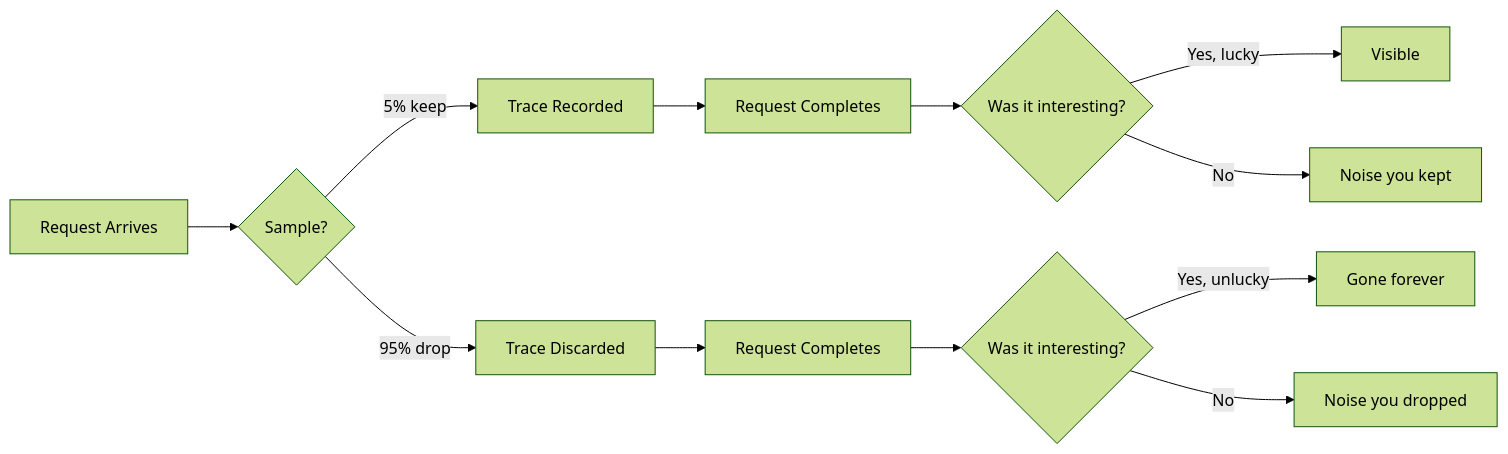
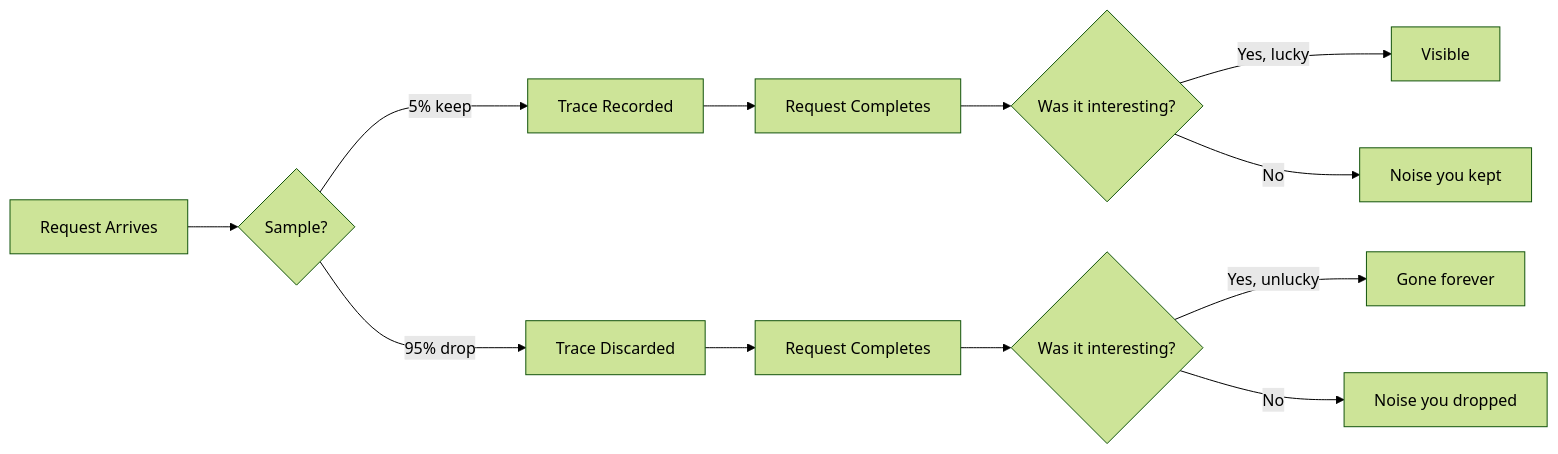
The first of 2 diagrams in content/articles/sampling-strategy.md (radra23/scryops-site), drawn with Mermaid (forest theme) before and after one commit. The commit also changed 2 other files, not shown here.

Commit message:
fix(sampling-strategy): give the 5% keep / 95% drop labels room before the arrow
Mermaid places an edge label at the midpoint of the edge path. The two
curved edges out of the Sample? diamond reach their midpoint right at
the arrowhead, so "5% keep" sat touching the arrow tip into Trace
Recorded.

Lengthen both edges by one rank (`--->`) so each label gets a straight
run before the arrow. Kept symmetric on both branches; the diagram widens
by about 4% (viewBox 1341 -> 1391). Source change, so the hash changes:
91ae47033b13.svg -> e4d7034e0e8b.svg.

```diff
--- a/content/articles/sampling-strategy.md
+++ b/content/articles/sampling-strategy.md
@@ -21,14 +21,14 @@
 {{< mermaid >}}
 flowchart LR
     A[Request Arrives] --> B{Sample?}
-    B -->|5% keep| C[Trace Recorded]
-    B -->|95% drop| D[Trace Discarded]
+    B --->|5% keep| C[Trace Recorded]
+    B --->|95% drop| D[Trace Discarded]
     C --> E[Request Completes]
     D --> F[Request Completes]
     E --> G{Was it interesting?}
     F --> H{Was it interesting?}
     G -->|Yes, lucky| I[Visible]
     G -->|No| J[Noise you kept]
     H -->|Yes, unlucky| K[Gone forever]
     H -->|No| L[Noise you dropped]
 {{< /mermaid >}}
```
